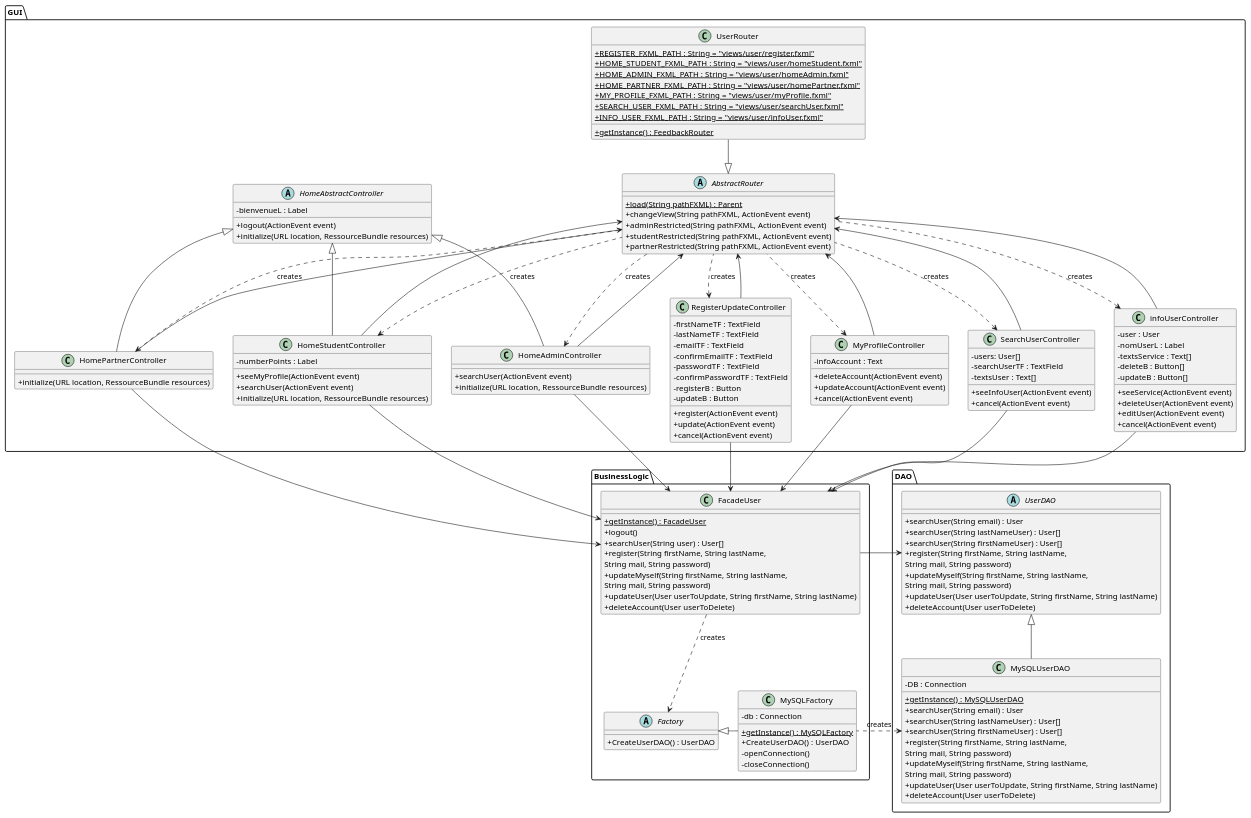
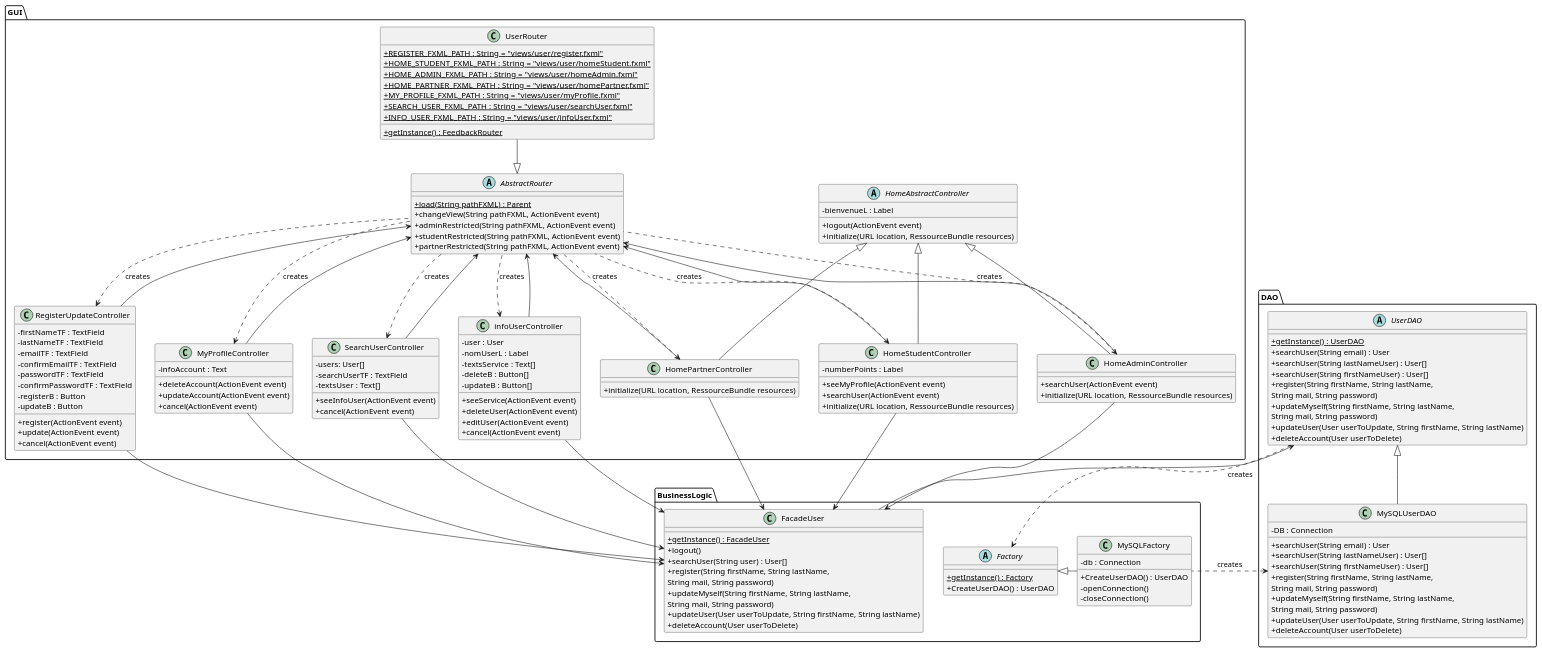
One commit to guiguie34/StudEasy changed the diagram in project_diagrams/classDiagrams/userManagement.puml. Above: the diagram before and after it, drawn with PlantUML. The commit also changed 10 other files, not shown here.

Commit message:
Final fix : class diagrams

```diff
--- a/project_diagrams/classDiagrams/userManagement.puml
+++ b/project_diagrams/classDiagrams/userManagement.puml
@@ -1,181 +1,181 @@
 @startuml
 skinparam classAttributeIconSize 0
 
 package GUI{
     abstract class AbstractRouter{
         + {static} load(String pathFXML) : Parent
         + changeView(String pathFXML, ActionEvent event)
         + adminRestricted(String pathFXML, ActionEvent event)
         + studentRestricted(String pathFXML, ActionEvent event)
         + partnerRestricted(String pathFXML, ActionEvent event)
     }
 
     class UserRouter{
         + {static} REGISTER_FXML_PATH : String = "views/user/register.fxml"
         + {static} HOME_STUDENT_FXML_PATH : String = "views/user/homeStudent.fxml"
         + {static} HOME_ADMIN_FXML_PATH : String = "views/user/homeAdmin.fxml"
         + {static} HOME_PARTNER_FXML_PATH : String = "views/user/homePartner.fxml"
         + {static} MY_PROFILE_FXML_PATH : String = "views/user/myProfile.fxml"
         + {static} SEARCH_USER_FXML_PATH : String = "views/user/searchUser.fxml"
         + {static} INFO_USER_FXML_PATH : String = "views/user/infoUser.fxml"
         + {static} getInstance() : FeedbackRouter
     }
 
     abstract class HomeAbstractController{
         - bienvenueL : Label
         + logout(ActionEvent event)
         + initialize(URL location, RessourceBundle resources)
     }
 
     class HomePartnerController{
         + initialize(URL location, RessourceBundle resources)
     }
 
     class HomeStudentController{
         - numberPoints : Label
         + seeMyProfile(ActionEvent event)
         + searchUser(ActionEvent event)
         + initialize(URL location, RessourceBundle resources)
     }
 
     class HomeAdminController{
         + searchUser(ActionEvent event)
         + initialize(URL location, RessourceBundle resources)
     }
 
     class RegisterUpdateController{
         - firstNameTF : TextField
         - lastNameTF : TextField
         - emailTF : TextField
         - confirmEmailTF : TextField
         - passwordTF : TextField
         - confirmPasswordTF : TextField
         - registerB : Button
         - updateB : Button
         + register(ActionEvent event)
         + update(ActionEvent event)
         + cancel(ActionEvent event)
     }
 
     class MyProfileController{
         - infoAccount : Text
         + deleteAccount(ActionEvent event)
         + updateAccount(ActionEvent event)
         + cancel(ActionEvent event)
     }
 
     class SearchUserController{
         - users: User[]
         - searchUserTF : TextField
         - textsUser : Text[]
         + seeInfoUser(ActionEvent event)
         + cancel(ActionEvent event)
     }
 
     class infoUserController{
         - user : User
         - nomUserL : Label
         - textsService : Text[]
         - deleteB : Button[]
         - updateB : Button[]
         + seeService(ActionEvent event)
         + deleteUser(ActionEvent event)
         + editUser(ActionEvent event)
         + cancel(ActionEvent event)
     }
 
     HomePartnerController -up-|> HomeAbstractController
     HomeStudentController -up-|> HomeAbstractController
     HomeAdminController -up-|> HomeAbstractController
 
     HomePartnerController -up-> AbstractRouter
     HomeStudentController -up-> AbstractRouter
     HomeAdminController -up-> AbstractRouter
     RegisterUpdateController -up-> AbstractRouter
     MyProfileController -up-> AbstractRouter
     SearchUserController -up-> AbstractRouter
     infoUserController -up-> AbstractRouter
 
     HomePartnerController <.. AbstractRouter : creates
     HomeStudentController <.. AbstractRouter : creates
     HomeAdminController <.. AbstractRouter : creates
     RegisterUpdateController <.. AbstractRouter : creates
     MyProfileController <.. AbstractRouter : creates
     SearchUserController <.. AbstractRouter : creates
     infoUserController <.. AbstractRouter : creates
 
     UserRouter -down-|> AbstractRouter
 
 }
 
 package BusinessLogic{
     class FacadeUser{
         + {static} getInstance() : FacadeUser
         + logout()
         + searchUser(String user) : User[]
         + register(String firstName, String lastName,
         String mail, String password)
         + updateMyself(String firstName, String lastName,
         String mail, String password)
         + updateUser(User userToUpdate, String firstName, String lastName)
         + deleteAccount(User userToDelete)
     }
 
     abstract class Factory{
+        + {static} getInstance() : Factory
         + CreateUserDAO() : UserDAO
     }
 
     class MySQLFactory{
         - db : Connection
-        + {static} getInstance() : MySQLFactory
         + CreateUserDAO() : UserDAO
         - openConnection()
         - closeConnection()
     }
 
-    FacadeUser ..> Factory  : creates
     MySQLFactory -left-|> Factory
 
     HomePartnerController --> FacadeUser
     HomeStudentController --> FacadeUser
     HomeAdminController --> FacadeUser
     RegisterUpdateController --> FacadeUser
     MyProfileController --> FacadeUser
     SearchUserController --> FacadeUser
     infoUserController --> FacadeUser
 }
 
 package DAO{
     abstract class UserDAO{
+        + {static} getInstance() : UserDAO
         + searchUser(String email) : User
         + searchUser(String lastNameUser) : User[]
         + searchUser(String firstNameUser) : User[]
         + register(String firstName, String lastName,
         String mail, String password)
         + updateMyself(String firstName, String lastName,
         String mail, String password)
         + updateUser(User userToUpdate, String firstName, String lastName)
         + deleteAccount(User userToDelete)
     }
 
     class MySQLUserDAO{
         - DB : Connection
-        + {static} getInstance() : MySQLUserDAO
         + searchUser(String email) : User
         + searchUser(String lastNameUser) : User[]
         + searchUser(String firstNameUser) : User[]
         + register(String firstName, String lastName,
         String mail, String password)
         + updateMyself(String firstName, String lastName,
         String mail, String password)
         + updateUser(User userToUpdate, String firstName, String lastName)
         + deleteAccount(User userToDelete)
     }
 
     UserDAO <|-- MySQLUserDAO
-    UserDAO <-right- FacadeUser
+    UserDAO <-- FacadeUser
 
+    UserDAO ..> Factory  : creates
     MySQLUserDAO <.right. MySQLFactory : creates
 }
 
 @enduml
```
